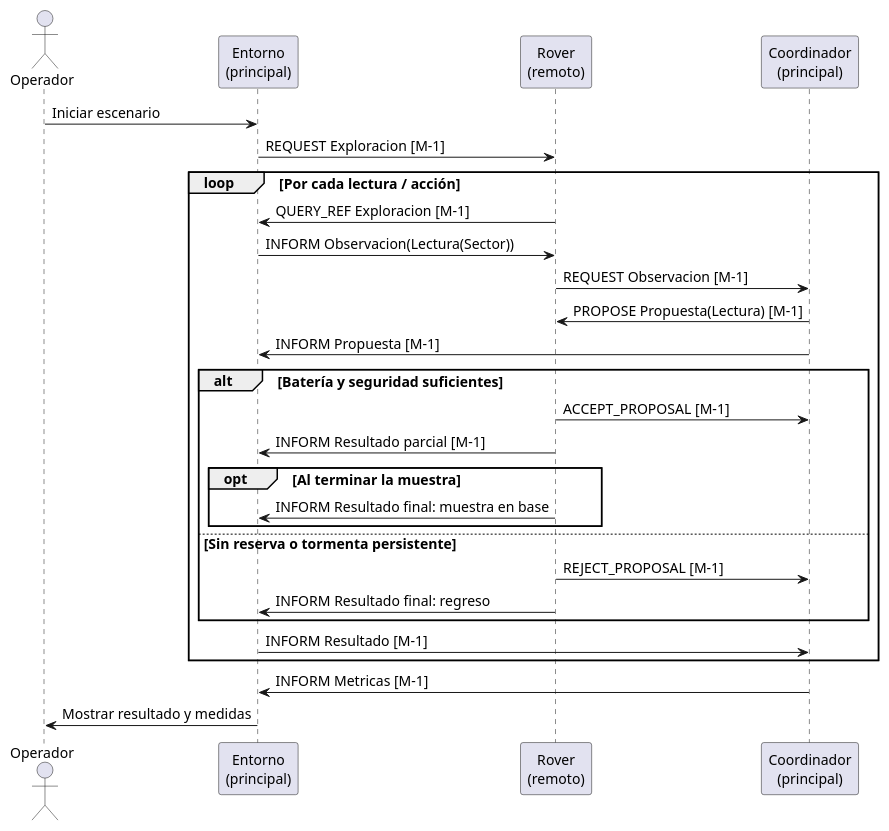
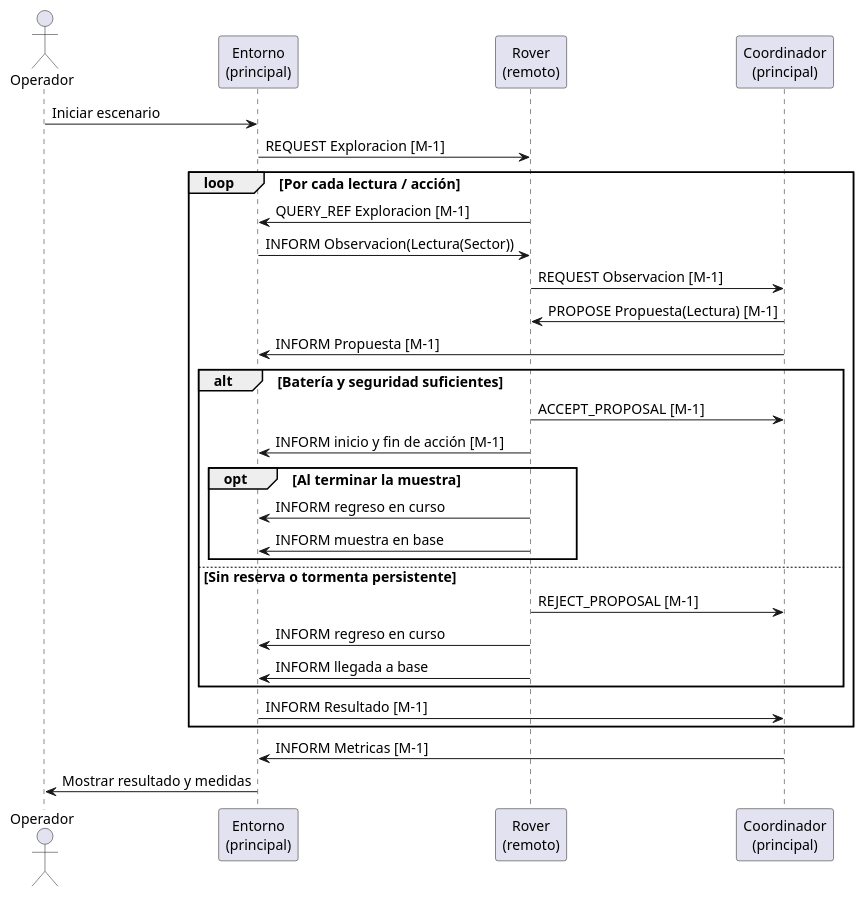
One commit to arielmendoza007/mision-marte-jade changed the diagram in documentacion/03-interaccion.puml. Above: the diagram before and after it, drawn with PlantUML. The commit also changed 12 other files, not shown here.

```diff
--- a/documentacion/03-interaccion.puml
+++ b/documentacion/03-interaccion.puml
@@ -1,31 +1,33 @@
 @startuml
 skinparam backgroundColor white
 skinparam shadowing false
 skinparam defaultFontSize 14
 actor Operador
 participant "Entorno\n(principal)" as E
 participant "Rover\n(remoto)" as R
 participant "Coordinador\n(principal)" as C
 Operador -> E : Iniciar escenario
 E -> R : REQUEST Exploracion [M-1]
 loop Por cada lectura / acción
   R -> E : QUERY_REF Exploracion [M-1]
   E -> R : INFORM Observacion(Lectura(Sector))
   R -> C : REQUEST Observacion [M-1]
   C -> R : PROPOSE Propuesta(Lectura) [M-1]
   C -> E : INFORM Propuesta [M-1]
   alt Batería y seguridad suficientes
     R -> C : ACCEPT_PROPOSAL [M-1]
-    R -> E : INFORM Resultado parcial [M-1]
+    R -> E : INFORM inicio y fin de acción [M-1]
     opt Al terminar la muestra
-      R -> E : INFORM Resultado final: muestra en base
+      R -> E : INFORM regreso en curso
+      R -> E : INFORM muestra en base
     end
   else Sin reserva o tormenta persistente
     R -> C : REJECT_PROPOSAL [M-1]
-    R -> E : INFORM Resultado final: regreso
+    R -> E : INFORM regreso en curso
+    R -> E : INFORM llegada a base
   end
   E -> C : INFORM Resultado [M-1]
 end
 C -> E : INFORM Metricas [M-1]
 E -> Operador : Mostrar resultado y medidas
 @enduml
```
